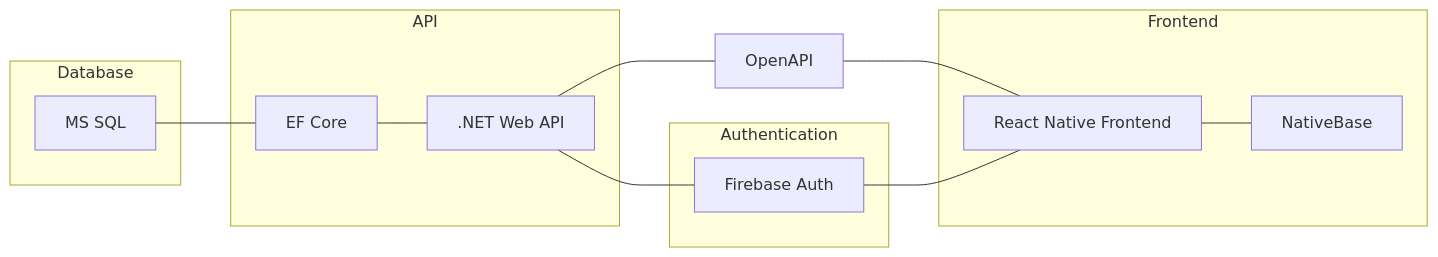
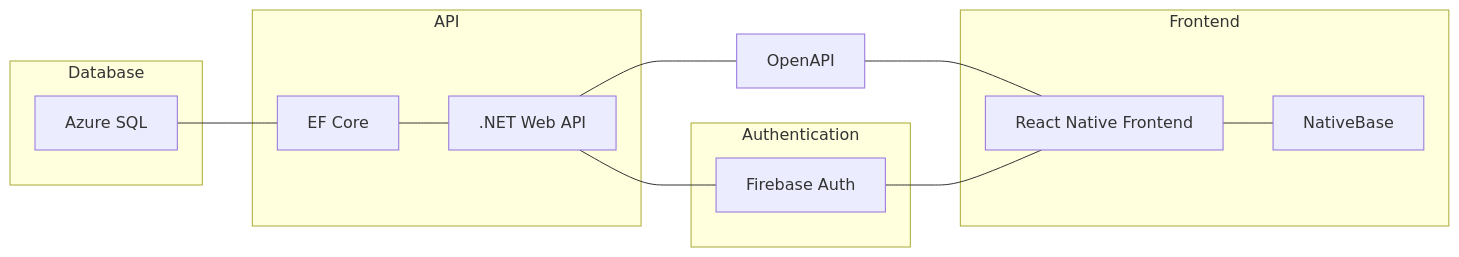
Before and after one commit to instructr-aps/.github: the diagram in profile/README.md, drawn with Mermaid.

````diff
--- a/profile/README.md
+++ b/profile/README.md
@@ -4,22 +4,22 @@
 ```mermaid
 flowchart LR
     A --- B
     C --- D[OpenAPI] --- E
     C --- G --- E    
 
     subgraph Database
-    A[MS SQL]
+    A[Azure SQL]
     end
 
     subgraph API
     B[EF Core] --- C[.NET Web API]
     end
     
     subgraph Frontend
     E[React Native Frontend] --- F[NativeBase]
     end
  
     subgraph Authentication
     G[Firebase Auth]
     end
 ```
````
